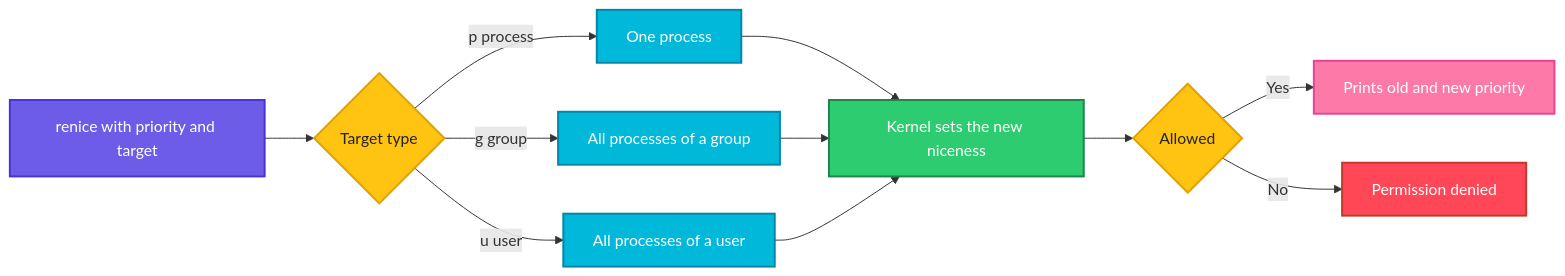
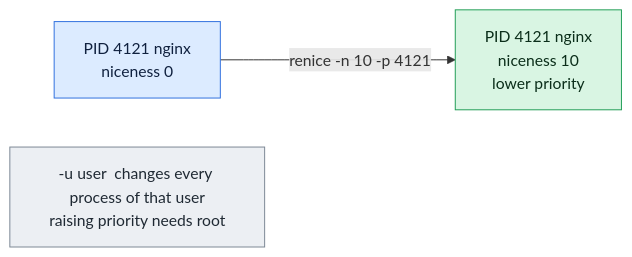
One commit to codeKerdosTech/DevOps-Documentation changed the diagram in linux/process-management/renice.md. Above: the diagram before and after it, drawn with Mermaid. The commit also changed other lines of this file and 165 other files, not shown here.

Commit message:
updated diagrams in linux

````diff
--- a/linux/process-management/renice.md
+++ b/linux/process-management/renice.md
@@ -24,27 +24,13 @@
 ```mermaid
 flowchart LR
-    A[renice with priority and target] --> B{Target type}
-    B -->|p process| C[One process]
-    B -->|g group| D[All processes of a group]
-    B -->|u user| E[All processes of a user]
-    C --> F[Kernel sets the new niceness]
-    D --> F
-    E --> F
-    F --> G{Allowed}
-    G -->|Yes| H[Prints old and new priority]
-    G -->|No| I[Permission denied]
-    classDef start fill:#6C5CE7,stroke:#4834D4,stroke-width:2px,color:#fff
-    classDef proc fill:#00B8D9,stroke:#0087A8,stroke-width:2px,color:#fff
-    classDef dec fill:#FFC312,stroke:#E1A100,stroke-width:2px,color:#222
-    classDef ok fill:#2ECC71,stroke:#1E8449,stroke-width:2px,color:#fff
-    classDef err fill:#FF4757,stroke:#C0392B,stroke-width:2px,color:#fff
-    classDef out fill:#FD79A8,stroke:#E84393,stroke-width:2px,color:#fff
-    classDef alt fill:#FF9F43,stroke:#E67E22,stroke-width:2px,color:#fff
-    class A start
-    class B dec
-    class C,D,E proc
-    class F ok
-    class G dec
-    class H out
-    class I err
+    i1[PID 4121 nginx<br/>niceness 0] -->|renice -n 10 -p 4121| o1[PID 4121 nginx<br/>niceness 10<br/>lower priority]
+    n1[-u user  changes every process of that user<br/>raising priority needs root]
+    classDef inp fill:#DCEBFF,stroke:#2F6FDE,color:#10213F
+    classDef cmd fill:#FFF0C2,stroke:#C98A00,color:#3A2A00
+    classDef out fill:#D9F5E3,stroke:#1F9D55,color:#0B2E1A
+    classDef bad fill:#FDE0E0,stroke:#D13B3B,color:#4A0F0F
+    classDef note fill:#ECEFF3,stroke:#7B8794,color:#1F2933
+    class i1 inp
+    class o1 out
+    class n1 note
 ```
````
